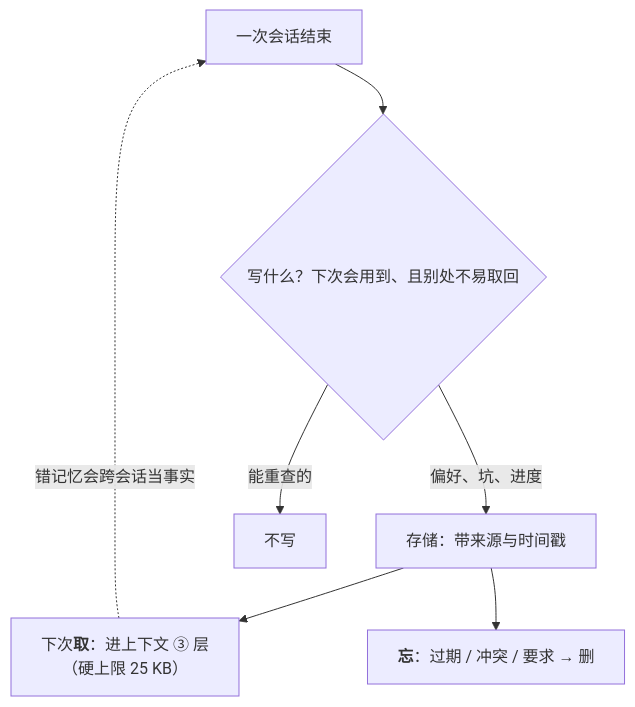
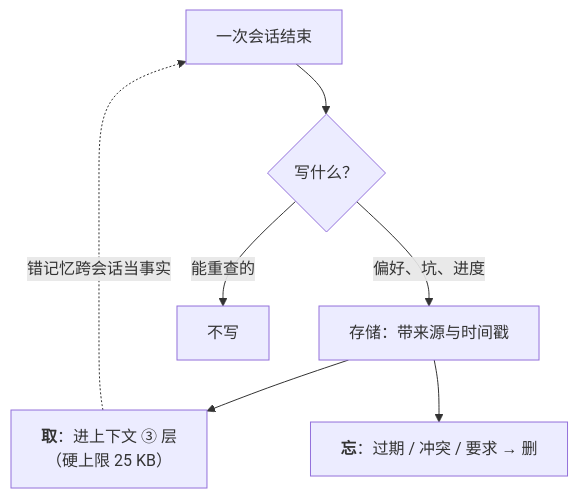
The ninth of 10 diagrams in slides/2026-10-29-agent-and-harness.md (arganzheng/arganzheng.github.com), drawn with Mermaid before and after one commit. The commit also changed other lines of this file, not shown here.

Commit message:
slides(2026-10-29-agent-and-harness): 图内文字 ≥14px——标签缩短/拆分/Unicode 数学

````diff
--- a/slides/2026-10-29-agent-and-harness.md
+++ b/slides/2026-10-29-agent-and-harness.md
@@ -331,11 +336,11 @@
 ```mermaid
 %%{init: {"flowchart": {"wrappingWidth": 480}}}%%
 flowchart TB
-    S["一次会话结束"] --> W{"写什么？下次会用到、且别处不易取回"}
+    S["一次会话结束"] --> W{"写什么？"}
     W -- "偏好、坑、进度" --> ST["存储：带来源与时间戳"]
     W -- "能重查的" --> X["不写"]
-    ST --> R["下次<b>取</b>：进上下文 ③ 层<br/>（硬上限 25 KB）"]
+    ST --> R["<b>取</b>：进上下文 ③ 层<br/>（硬上限 25 KB）"]
     ST --> F["<b>忘</b>：过期 / 冲突 / 要求 → 删"]
-    R -. "错记忆会跨会话当事实" .-> S
+    R -. "错记忆跨会话当事实" .-> S
 
 ```
````
